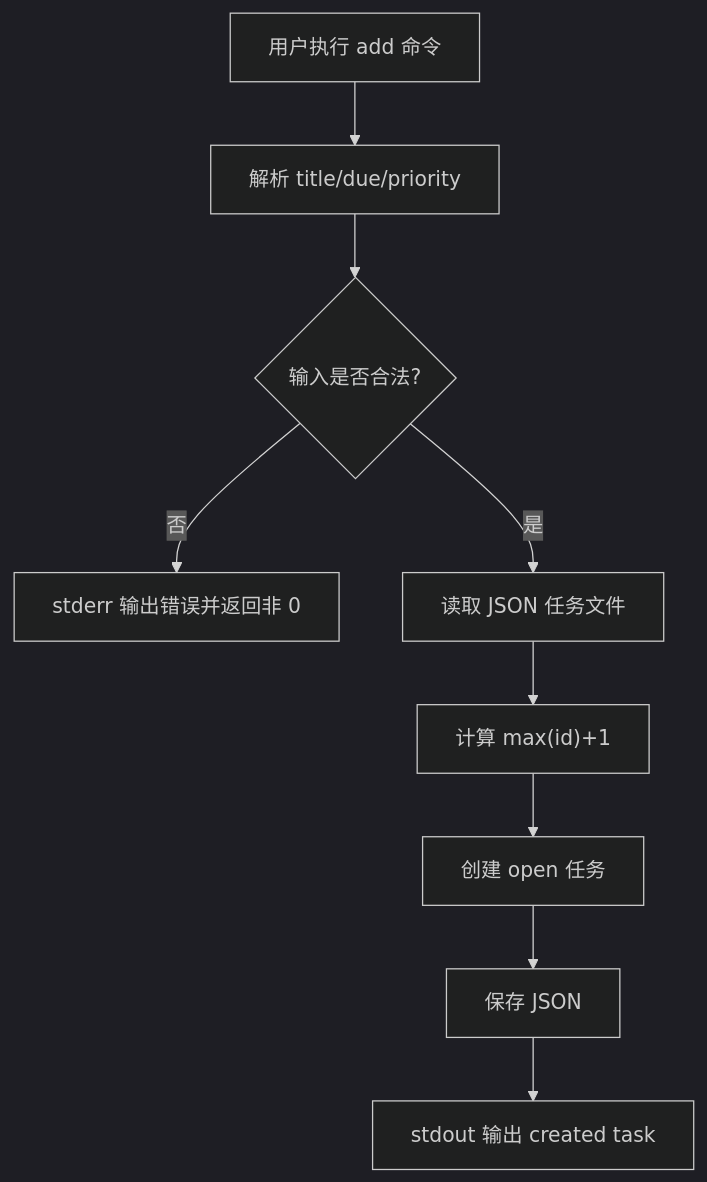
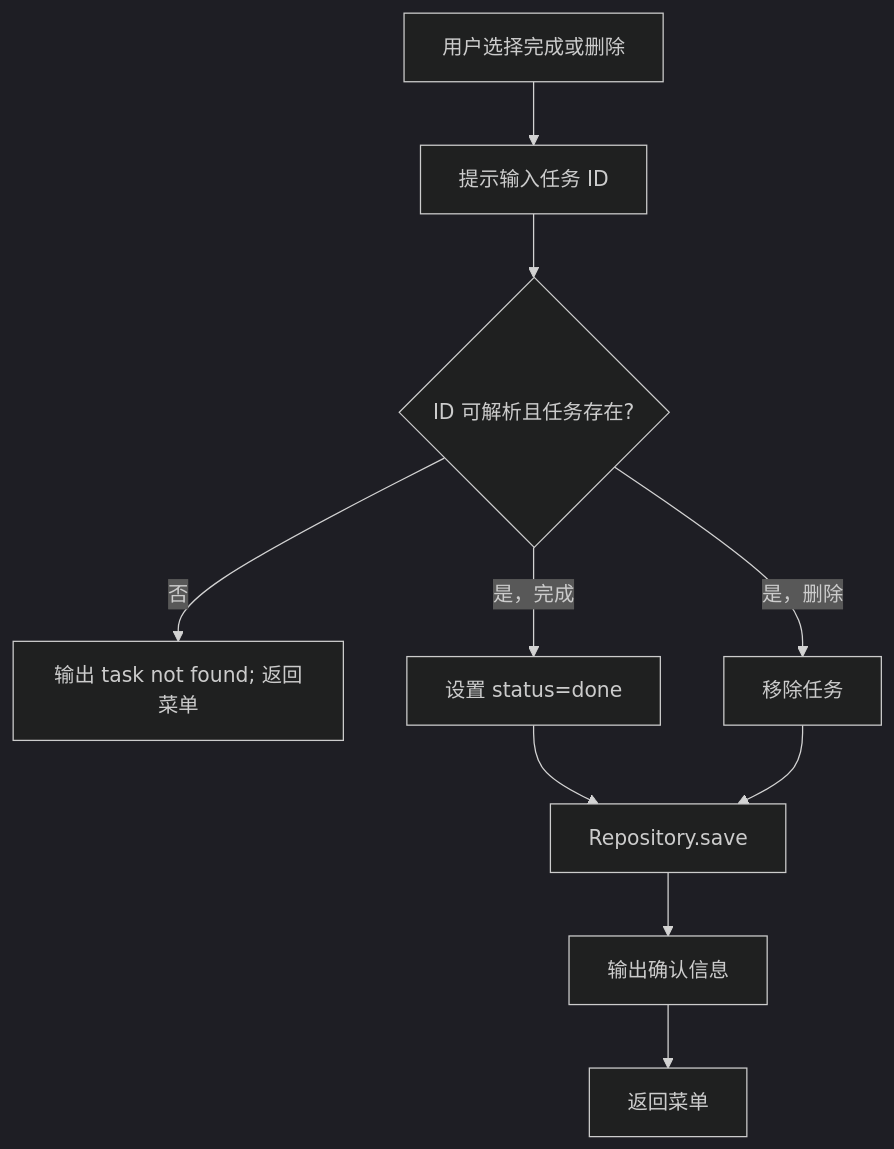
One commit to JerryChen-USTB/CodeAgent changed the eighth of 9 diagrams in benchmark/selfbuilt/cases/01_todo_manager/input/design_model.md. Above: the diagram before and after it, drawn with Mermaid (dark theme). The commit also changed other lines of this file and 75 other files, not shown here.

````diff
--- a/benchmark/selfbuilt/cases/01_todo_manager/input/design_model.md
+++ b/benchmark/selfbuilt/cases/01_todo_manager/input/design_model.md
@@ -39,11 +224,12 @@
 ```mermaid
 flowchart TD
-    A["用户执行 add 命令"] --> B["解析 title/due/priority"]
-    B --> C{"输入是否合法?"}
-    C -- "否" --> D["stderr 输出错误并返回非 0"]
-    C -- "是" --> E["读取 JSON 任务文件"]
-    E --> F["计算 max(id)+1"]
-    F --> G["创建 open 任务"]
-    G --> H["保存 JSON"]
-    H --> I["stdout 输出 created task"]
+    A["用户选择完成或删除"] --> B["提示输入任务 ID"]
+    B --> C{"ID 可解析且任务存在?"}
+    C -- "否" --> D["输出 task not found; 返回菜单"]
+    C -- "是，完成" --> E["设置 status=done"]
+    C -- "是，删除" --> F["移除任务"]
+    E --> G["Repository.save"]
+    F --> G
+    G --> H["输出确认信息"]
+    H --> I["返回菜单"]
 ```
````
